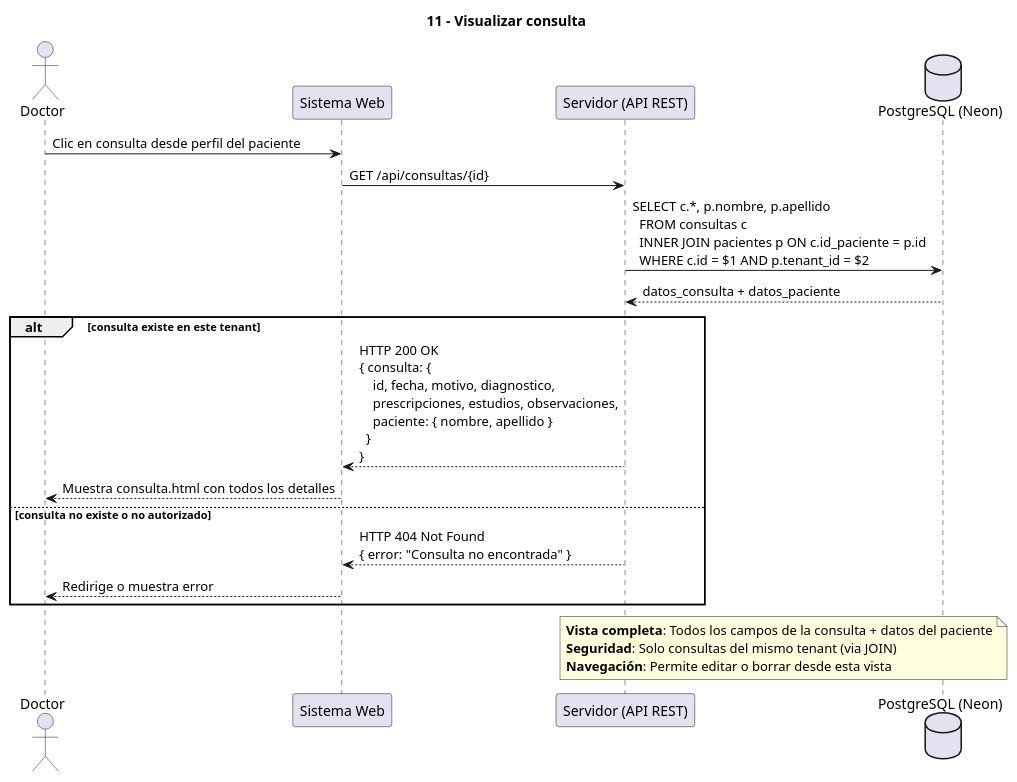
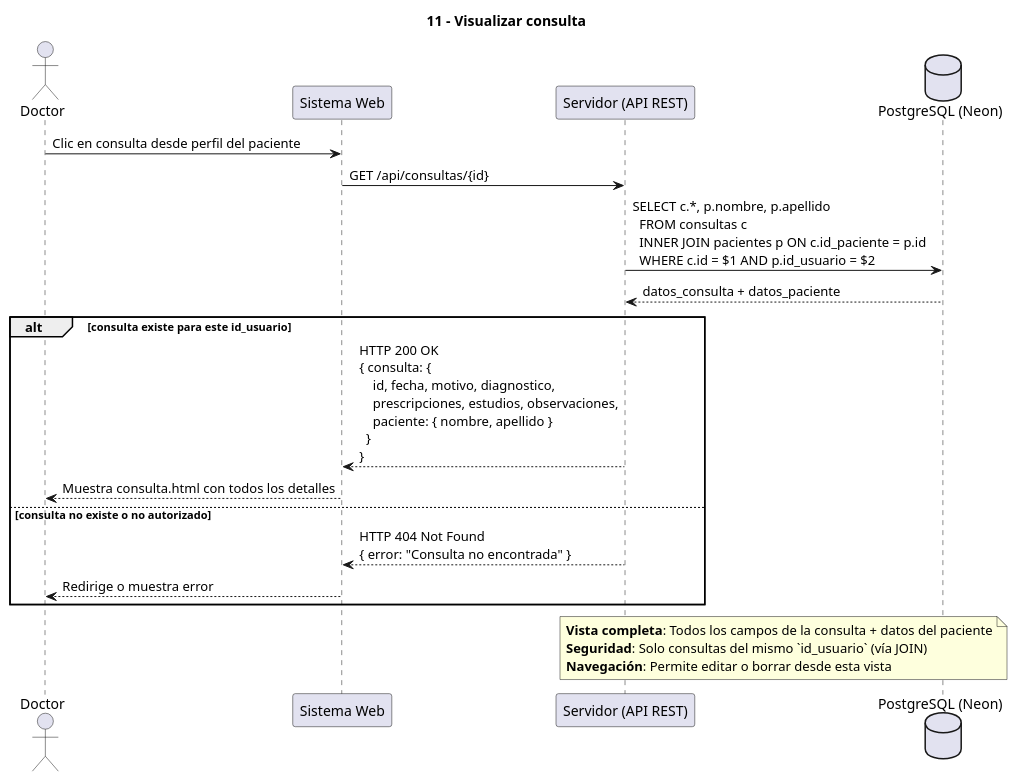
The diagram in docs/11_visualizar_consulta.puml (marcostoledo96/mvp_historias-clinicas), drawn with PlantUML before and after one commit. The commit also changed 38 other files, not shown here.

Commit message:
Actualizacion UML

```diff
--- a/docs/11_visualizar_consulta.puml
+++ b/docs/11_visualizar_consulta.puml
@@ -1,33 +1,33 @@
 @startuml
 ' Diagrama 11 - Visualizar consulta
 ' Ver detalles de una entrada específica de la historia clínica
 title 11 - Visualizar consulta
 
 actor Doctor
 participant "Sistema Web" as Web
 participant "Servidor (API REST)" as Server
 database "PostgreSQL (Neon)" as DB
 
 Doctor -> Web : Clic en consulta desde perfil del paciente
 
 Web -> Server : GET /api/consultas/{id}
 
-Server -> DB : SELECT c.*, p.nombre, p.apellido\n  FROM consultas c\n  INNER JOIN pacientes p ON c.id_paciente = p.id\n  WHERE c.id = $1 AND p.tenant_id = $2
+Server -> DB : SELECT c.*, p.nombre, p.apellido\n  FROM consultas c\n  INNER JOIN pacientes p ON c.id_paciente = p.id\n  WHERE c.id = $1 AND p.id_usuario = $2
 DB --> Server : datos_consulta + datos_paciente
 
-alt consulta existe en este tenant
+alt consulta existe para este id_usuario
   Server --> Web : HTTP 200 OK\n{ consulta: {\n    id, fecha, motivo, diagnostico,\n    prescripciones, estudios, observaciones,\n    paciente: { nombre, apellido }\n  }\n}
   Web --> Doctor : Muestra consulta.html con todos los detalles
   
 else consulta no existe o no autorizado
   Server --> Web : HTTP 404 Not Found\n{ error: "Consulta no encontrada" }
   Web --> Doctor : Redirige o muestra error
 end
 
 note over Server, DB
   **Vista completa**: Todos los campos de la consulta + datos del paciente
-  **Seguridad**: Solo consultas del mismo tenant (via JOIN)
+  **Seguridad**: Solo consultas del mismo `id_usuario` (vía JOIN)
   **Navegación**: Permite editar o borrar desde esta vista
 end note
 
 @enduml
```
